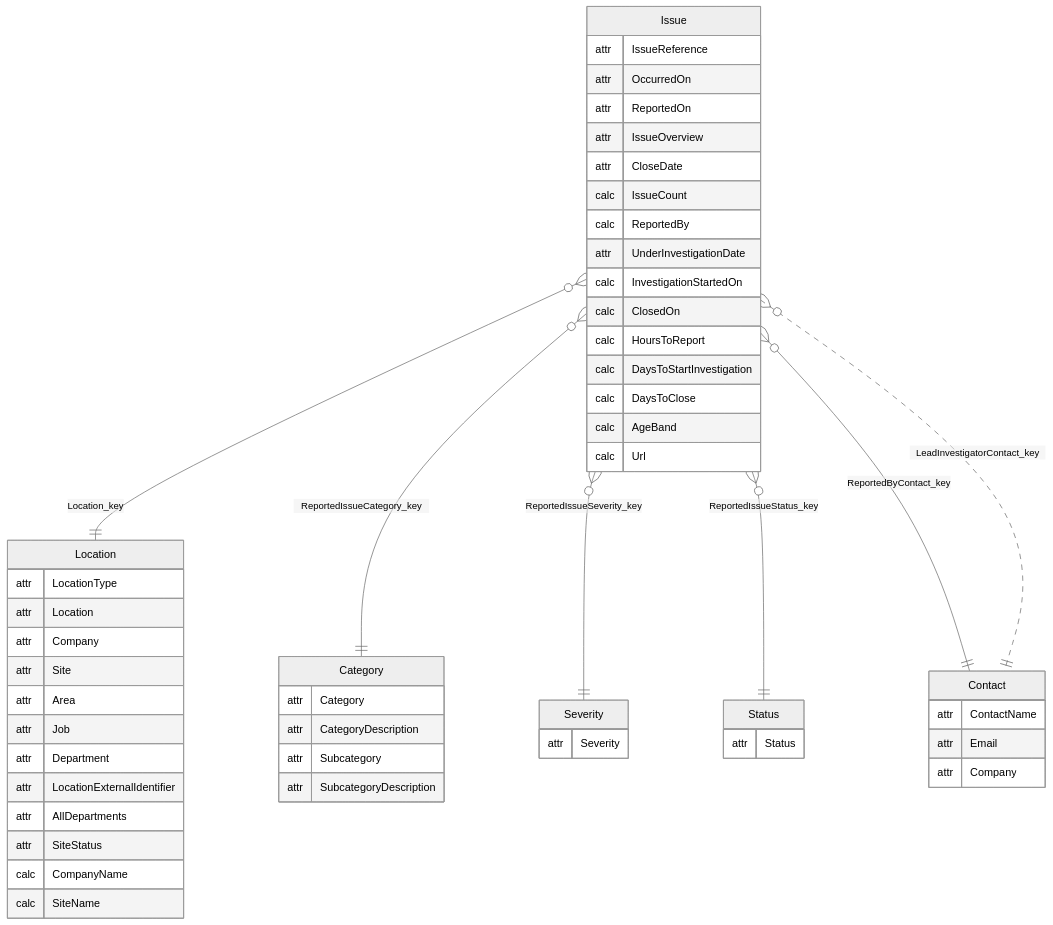
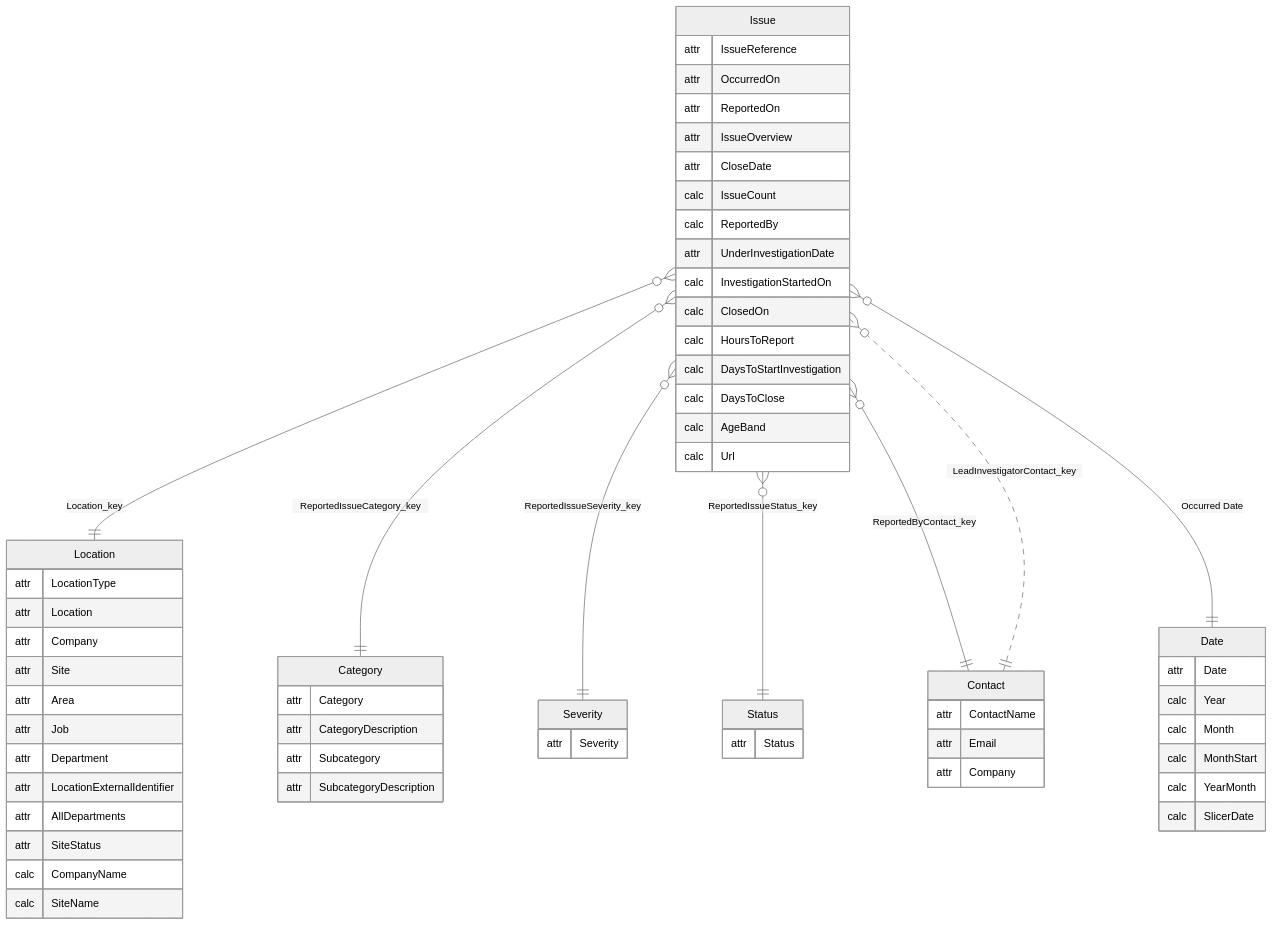
The first of 12 diagrams in PowerBISamplesModels/ReportedIssues.md (work-wallet/BIClient), drawn with Mermaid before and after one commit. The commit also changed other lines of this file and 17 other files, not shown here.

````diff
--- a/PowerBISamplesModels/ReportedIssues.md
+++ b/PowerBISamplesModels/ReportedIssues.md
@@ -7,61 +7,70 @@
 ```mermaid
 ---
 config:
   theme: neutral
 ---
 erDiagram
     "Issue" {
         attr IssueReference
         attr OccurredOn
         attr ReportedOn
         attr IssueOverview
         attr CloseDate
         calc IssueCount
         calc ReportedBy
         attr UnderInvestigationDate
         calc InvestigationStartedOn
         calc ClosedOn
         calc HoursToReport
         calc DaysToStartInvestigation
         calc DaysToClose
         calc AgeBand
         calc Url
     }
     "Location" {
         attr LocationType
         attr Location
         attr Company
         attr Site
         attr Area
         attr Job
         attr Department
         attr LocationExternalIdentifier
         attr AllDepartments
         attr SiteStatus
         calc CompanyName
         calc SiteName
     }
     "Severity" {
         attr Severity
     }
     "Status" {
         attr Status
     }
     "Category" {
         attr Category
         attr CategoryDescription
         attr Subcategory
         attr SubcategoryDescription
     }
     "Contact" {
         attr ContactName
         attr Email
         attr Company
     }
+    "Date" {
+        attr Date
+        calc Year
+        calc Month
+        calc MonthStart
+        calc YearMonth
+        calc SlicerDate
+    }
     "Issue" }o--|| "Location" : "Location_key"
     "Issue" }o--|| "Category" : "ReportedIssueCategory_key"
     "Issue" }o--|| "Severity" : "ReportedIssueSeverity_key"
     "Issue" }o--|| "Status" : "ReportedIssueStatus_key"
     "Issue" }o--|| "Contact" : "ReportedByContact_key"
     "Issue" }o..|| "Contact" : "LeadInvestigatorContact_key"
+    "Issue" }o--|| "Date" : "Occurred Date"
 ```
````
